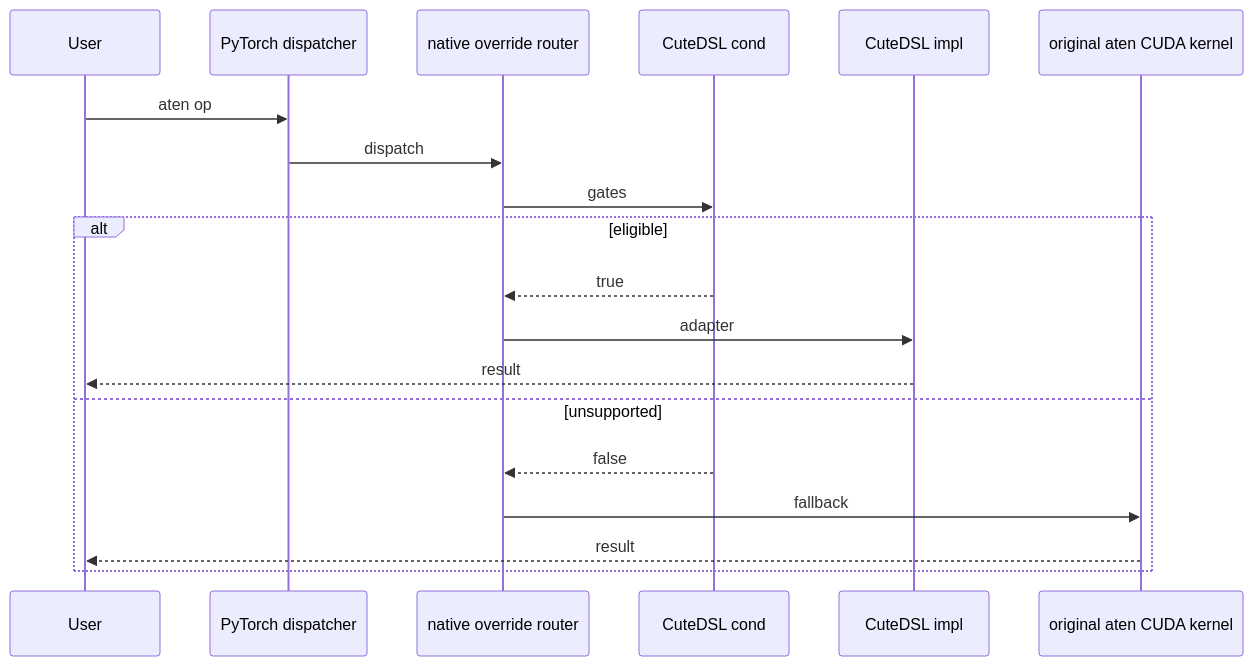
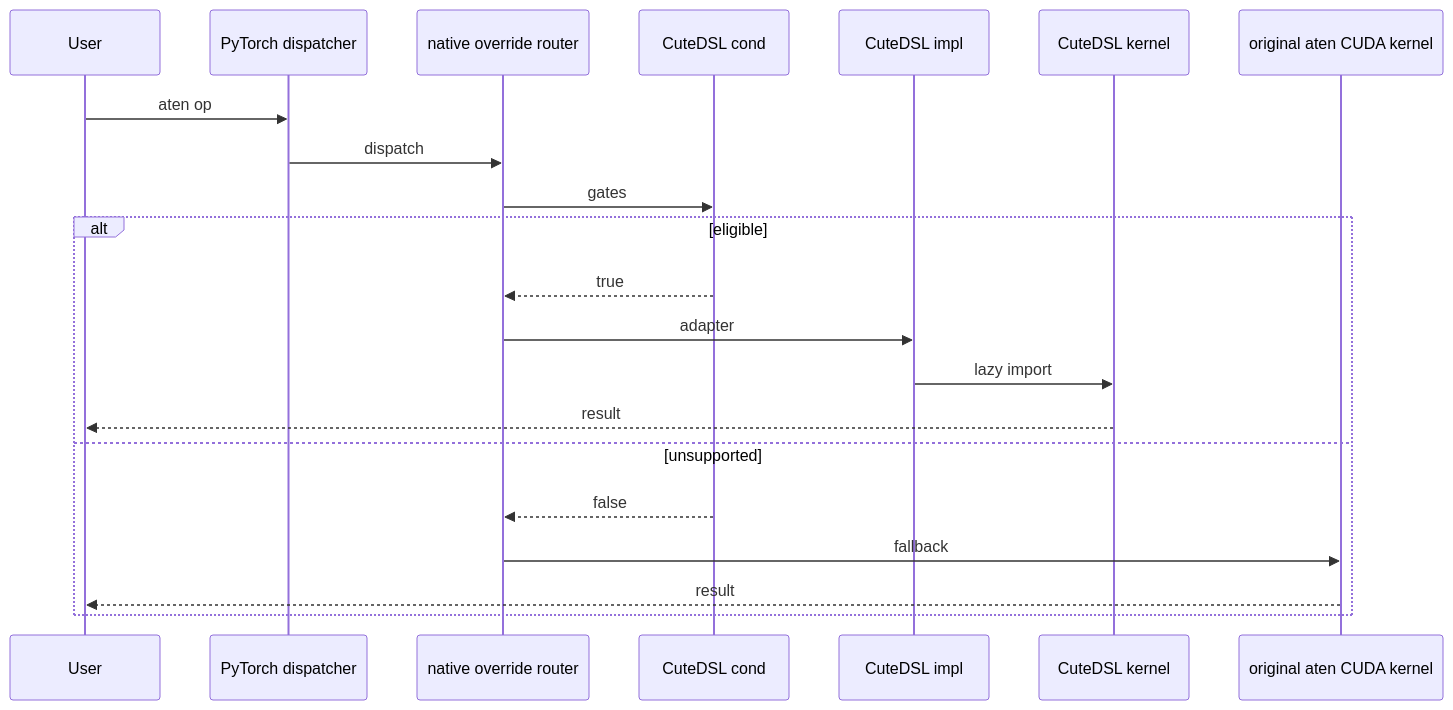
Before and after one commit to XiaobingSuper/FlyDSL: the second of 4 diagrams in docs/cutedsl_pytorch_integration_report.md, drawn with Mermaid. The commit also changed other lines of this file and 1 other file, not shown here.

````diff
--- a/docs/cutedsl_pytorch_integration_report.md
+++ b/docs/cutedsl_pytorch_integration_report.md
@@ -124,22 +136,24 @@
 ```mermaid
 sequenceDiagram
     participant User
     participant Dispatcher as PyTorch dispatcher
     participant Router as native override router
     participant Cond as CuteDSL cond
     participant Impl as CuteDSL impl
+    participant Kernel as CuteDSL kernel
     participant Aten as original aten CUDA kernel
 
     User->>Dispatcher: aten op
     Dispatcher->>Router: dispatch
     Router->>Cond: gates
     alt eligible
         Cond-->>Router: true
         Router->>Impl: adapter
-        Impl-->>User: result
+        Impl->>Kernel: lazy import
+        Kernel-->>User: result
     else unsupported
         Cond-->>Router: false
         Router->>Aten: fallback
         Aten-->>User: result
     end
 ```
````
